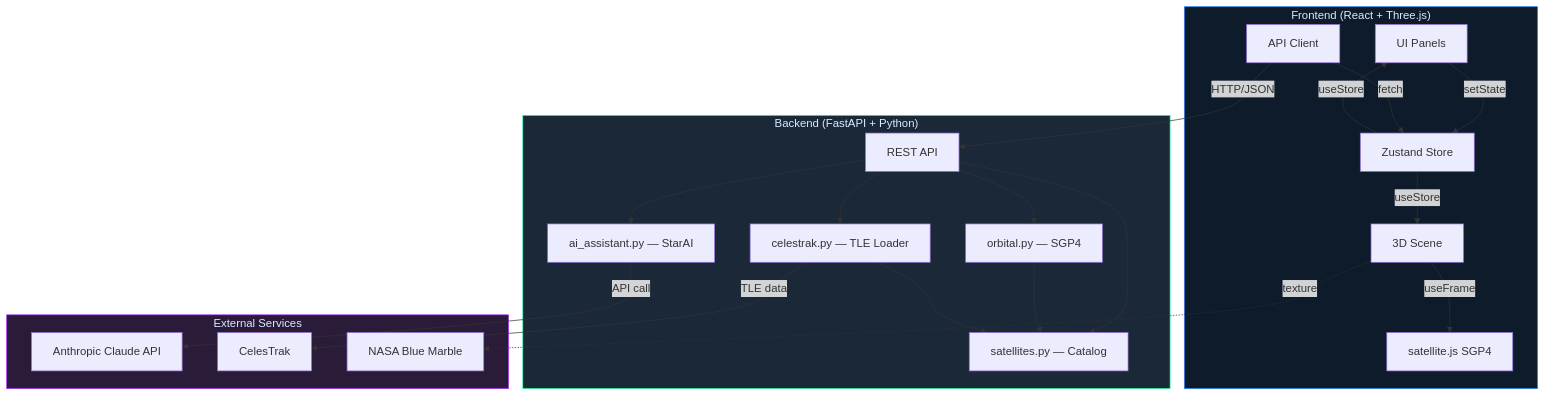
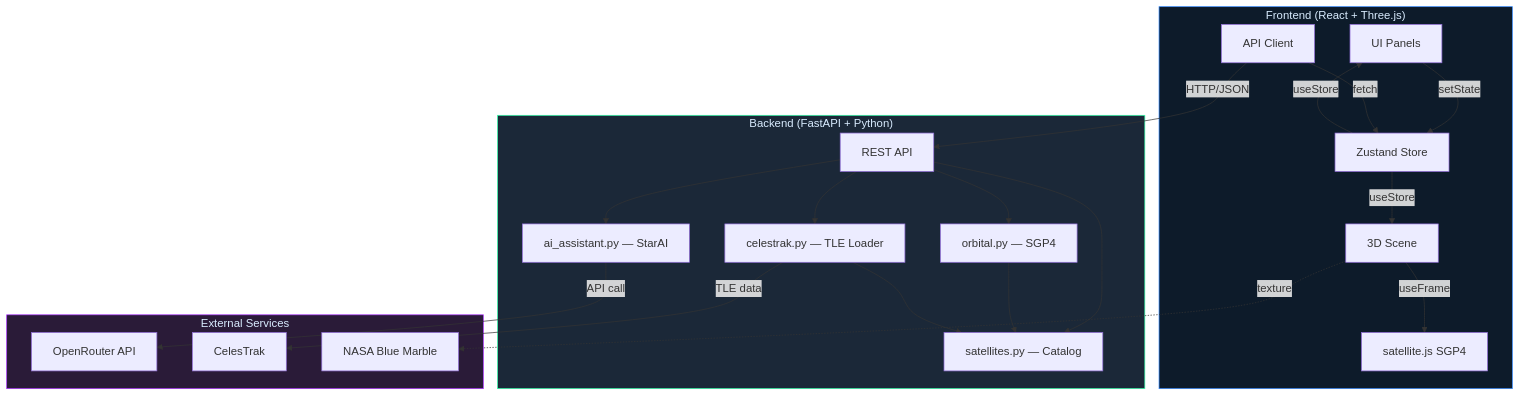
One commit to MolotokMephi/StarVision changed the first of 5 diagrams in ARCHITECTURE.md. Above: the diagram before and after it, drawn with Mermaid. The commit also changed other lines of this file and 18 other files, not shown here.

First line of the commit message:
perf(tle): batch orbits + bounded CelesTrak fetch; feat(ai): OpenRouter (#40)

````diff
--- a/ARCHITECTURE.md
+++ b/ARCHITECTURE.md
@@ -17,46 +17,46 @@
 ```mermaid
 graph TB
     subgraph Frontend["Frontend (React + Three.js)"]
         UI[UI Panels]
         Scene[3D Scene]
         Store[Zustand Store]
         SGP4c[satellite.js SGP4]
         API_Client[API Client]
 
         UI -->|setState| Store
         Store -->|useStore| Scene
         Store -->|useStore| UI
         Scene -->|useFrame| SGP4c
         API_Client -->|fetch| Store
     end
 
     subgraph Backend["Backend (FastAPI + Python)"]
         REST[REST API]
         Orbital[orbital.py — SGP4]
         Catalog[satellites.py — Catalog]
         AI[ai_assistant.py — StarAI]
         Celestrak[celestrak.py — TLE Loader]
 
         REST --> Orbital
         REST --> Catalog
         REST --> AI
         REST --> Celestrak
         Orbital --> Catalog
         Celestrak --> Catalog
     end
 
     subgraph External["External Services"]
-        Claude[Anthropic Claude API]
+        OpenRouter[OpenRouter API]
         TLE_src[CelesTrak]
         NASA[NASA Blue Marble]
     end
 
     API_Client -->|HTTP/JSON| REST
-    AI -->|API call| Claude
+    AI -->|API call| OpenRouter
     Celestrak -->|TLE data| TLE_src
     Scene -.->|texture| NASA
 
     style Frontend fill:#0d1b2a,stroke:#3389ff,color:#d9ecff
     style Backend fill:#1b2838,stroke:#33ffaa,color:#d9ecff
     style External fill:#2a1b38,stroke:#aa33ff,color:#d9ecff
 ```
````
